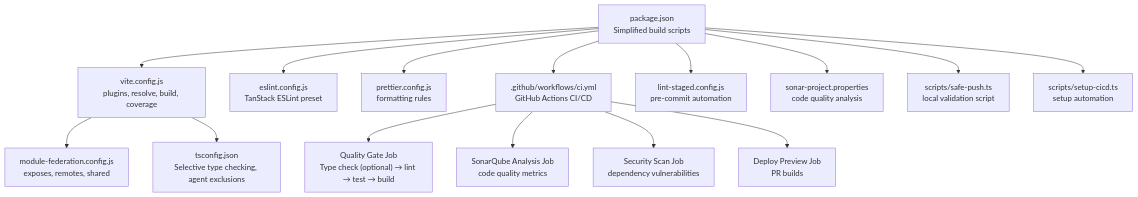
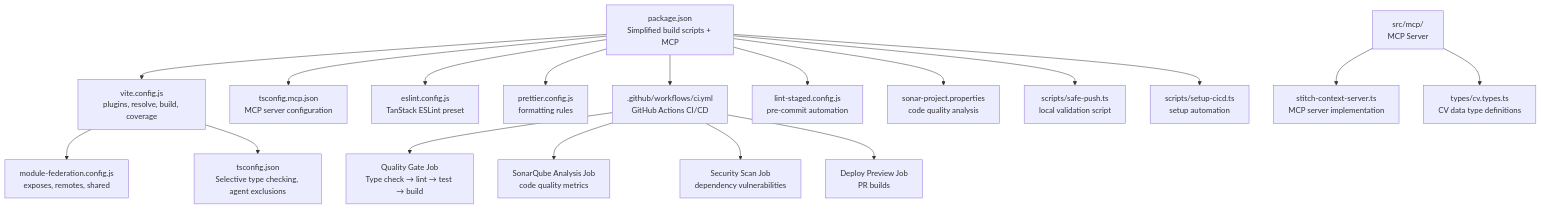
Before and after one commit to DoVuDung/cv-portfolio-builder: the first of 12 diagrams in .qoder/repowiki/en/content/Core Architecture/Build Configuration/Build Configuration.md, drawn with Mermaid. The commit also changed other lines of this file and 4 other files, not shown here.

````diff
--- a/.qoder/repowiki/en/content/Core Architecture/Build Configuration/Build Configuration.md
+++ b/.qoder/repowiki/en/content/Core Architecture/Build Configuration/Build Configuration.md
@@ -66,17 +72,20 @@
 ```mermaid
 graph TB
-A["package.json<br/>Simplified build scripts"] --> B["vite.config.js<br/>plugins, resolve, build, coverage"]
+A["package.json<br/>Simplified build scripts + MCP"] --> B["vite.config.js<br/>plugins, resolve, build, coverage"]
 B --> C["module-federation.config.js<br/>exposes, remotes, shared"]
 B --> D["tsconfig.json<br/>Selective type checking, agent exclusions"]
-A --> E["eslint.config.js<br/>TanStack ESLint preset"]
-A --> F["prettier.config.js<br/>formatting rules"]
-A --> G[".github/workflows/ci.yml<br/>GitHub Actions CI/CD"]
-A --> H["lint-staged.config.js<br/>pre-commit automation"]
-A --> I["sonar-project.properties<br/>code quality analysis"]
-A --> J["scripts/safe-push.ts<br/>local validation script"]
-A --> K["scripts/setup-cicd.ts<br/>setup automation"]
-G --> L["Quality Gate Job<br/>Type check (optional) → lint → test → build"]
-G --> M["SonarQube Analysis Job<br/>code quality metrics"]
-G --> N["Security Scan Job<br/>dependency vulnerabilities"]
-G --> O["Deploy Preview Job<br/>PR builds"]
+A --> E["tsconfig.mcp.json<br/>MCP server configuration"]
+A --> F["eslint.config.js<br/>TanStack ESLint preset"]
+A --> G["prettier.config.js<br/>formatting rules"]
+A --> H[".github/workflows/ci.yml<br/>GitHub Actions CI/CD"]
+A --> I["lint-staged.config.js<br/>pre-commit automation"]
+A --> J["sonar-project.properties<br/>code quality analysis"]
+A --> K["scripts/safe-push.ts<br/>local validation script"]
+A --> L["scripts/setup-cicd.ts<br/>setup automation"]
+H --> M["Quality Gate Job<br/>Type check → lint → test → build"]
+H --> N["SonarQube Analysis Job<br/>code quality metrics"]
+H --> O["Security Scan Job<br/>dependency vulnerabilities"]
+H --> P["Deploy Preview Job<br/>PR builds"]
+Q["src/mcp/<br/>MCP Server"] --> R["stitch-context-server.ts<br/>MCP server implementation"]
+Q --> S["types/cv.types.ts<br/>CV data type definitions"]
 ```
````
